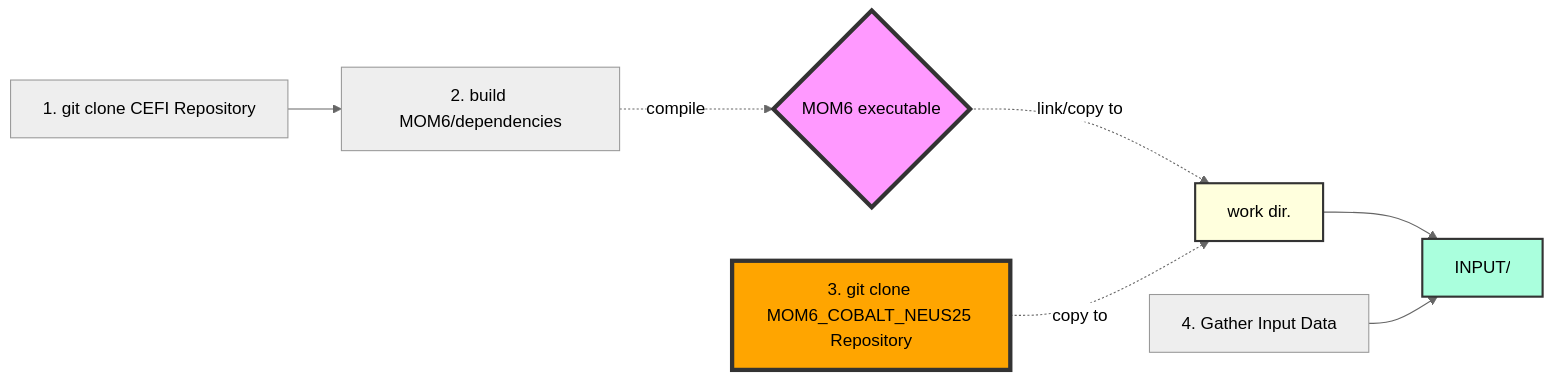
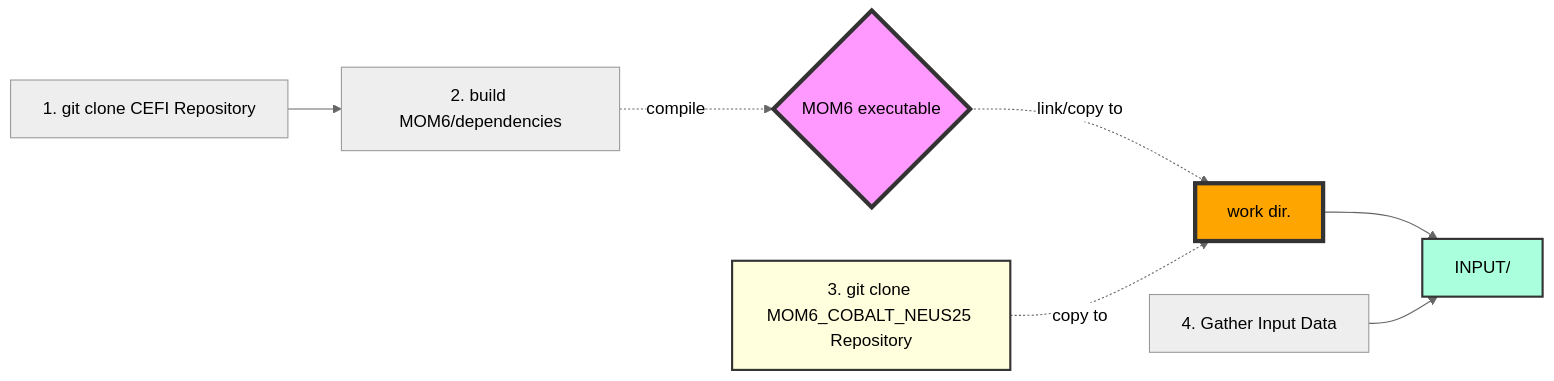
The first of 2 diagrams in README2.md (dksasaki/MOM6_COBALT_NEUS25), drawn with Mermaid (neutral theme) before and after one commit. The commit also changed other lines of this file, not shown here.

Commit message:
minor changes

````diff
--- a/README2.md
+++ b/README2.md
@@ -19,18 +19,18 @@
 ```mermaid
 flowchart LR
     A[1. git clone CEFI Repository] --> B[2. build MOM6/dependencies]
     B -.-> |compile| C{MOM6 executable}
     
     D[3. git clone MOM6_COBALT_NEUS25 Repository]
     C -.-> |link/copy to| E[work dir.]
     D -.-> |copy to| E
     
     E --> H
 
     F[4. Gather Input Data ]
     F --> H[INPUT/]
-    style D fill:#ffa500,stroke:#333,stroke-width:4px
+    style D fill:#ffd,stroke:#333,stroke-width:2px
     style C fill:#f9f,stroke:#333,stroke-width:4px
     style H fill:#afd,stroke:#333,stroke-width:2px
-    style E fill:#ffd,stroke:#333,stroke-width:2px
+    style E fill:#ffa500,stroke:#333,stroke-width:4px
 ```
````
